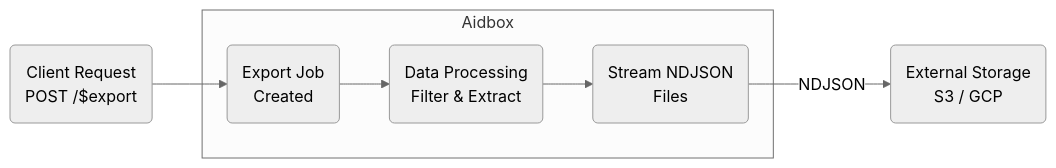
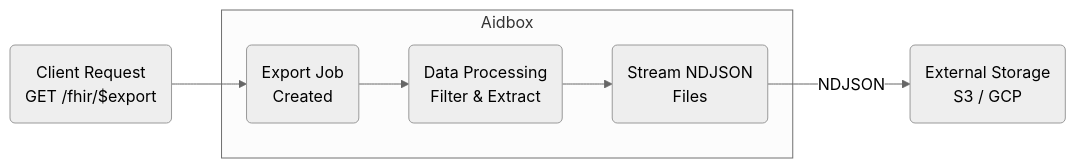
The seventh of 8 diagrams in docs/api/api-overview.md (HealthSamurai/aidbox-docs), drawn with Mermaid (neutral theme) before and after one commit. The commit also changed other lines of this file and 104 other files, not shown here.

````diff
--- a/docs/api/api-overview.md
+++ b/docs/api/api-overview.md
@@ -462,24 +462,24 @@
 ```mermaid
 flowchart LR
-    CLIENT(Client Request<br/>POST /$export)
+    CLIENT(Client Request<br/>GET /fhir/$export)
     
     subgraph "Aidbox"
         JOB(Export Job<br/>Created)
         PROCESS(Data Processing<br/>Filter & Extract)
         STREAM(Stream NDJSON<br/>Files)
         
         JOB --> PROCESS
         PROCESS --> STREAM
     end
     
     STORAGE(External Storage<br/>S3 / GCP)
     
     CLIENT --> JOB
     STREAM -->|NDJSON| STORAGE
     
     class CLIENT neutral2
     class JOB blue2
     class PROCESS yellow2
     class STREAM blue1
     class STORAGE green2
 ```
````
